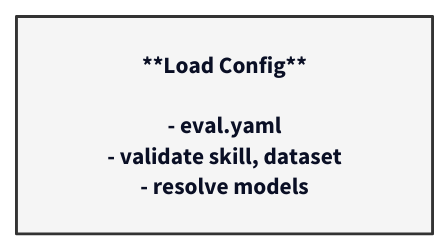
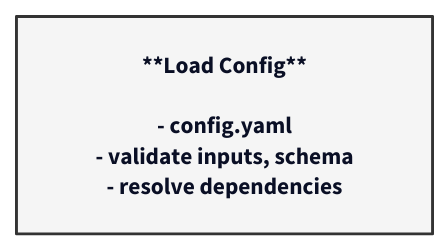
One commit to astefanutti/diagram-skills changed the third of 19 diagrams in skills/skill-diagram/prompts/d2-conventions.md. Above: the diagram before and after it, drawn with D2. The commit also changed other lines of this file and 3 other files, not shown here.

````diff
--- a/skills/skill-diagram/prompts/d2-conventions.md
+++ b/skills/skill-diagram/prompts/d2-conventions.md
@@ -43,14 +43,14 @@
 ```d2
 load-config: |md
   **Load Config**
 
-  - eval.yaml
-  - validate skill, dataset
-  - resolve models
+  - config.yaml
+  - validate inputs, schema
+  - resolve dependencies
 | {
   shape: rectangle
   style.fill: "#f5f5f5"
   style.stroke: "#333333"
   style.stroke-width: 2
 }
 ```
````
